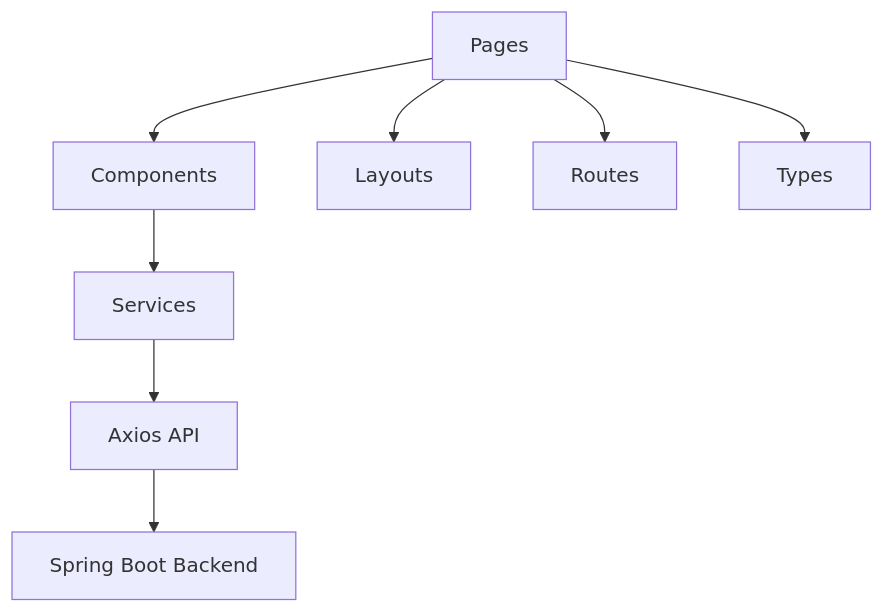
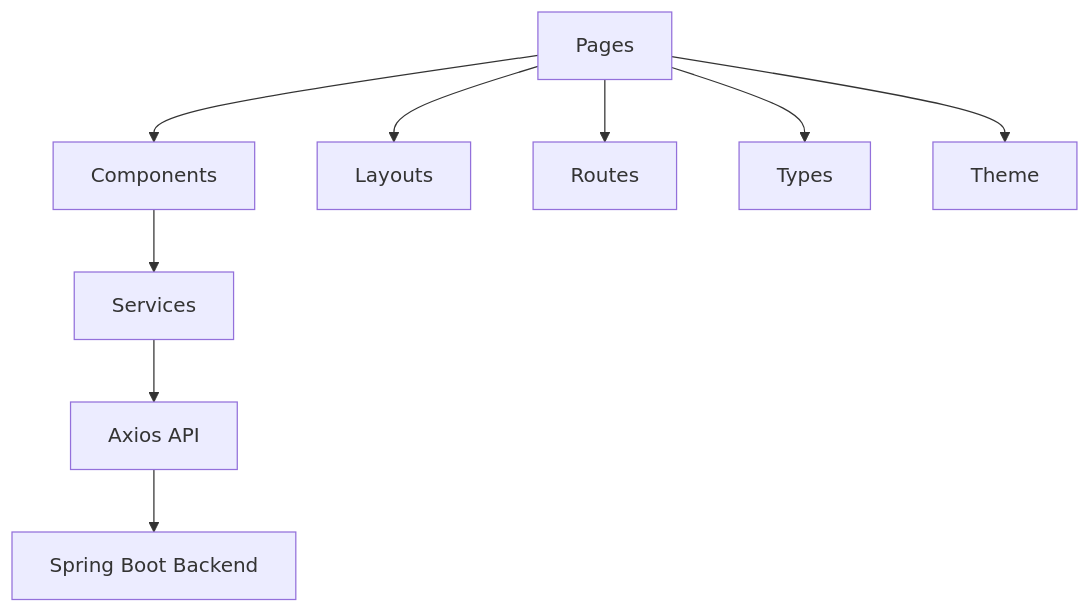
The sixth of 7 diagrams in README.md (Nahuellunacab/protecciones-trazabilidad), drawn with Mermaid before and after one commit. The commit also changed other lines of this file and 7 other files, not shown here.

````diff
--- a/README.md
+++ b/README.md
@@ -204,18 +224,20 @@
 ```mermaid
 flowchart TD
 
     A[Pages]
         --> B[Components]
 
     B --> C[Services]
 
     C --> D[Axios API]
 
     D --> E[Spring Boot Backend]
 
     A --> F[Layouts]
 
     A --> G[Routes]
 
     A --> H[Types]
+
+    A --> I[Theme]
 ```
````
